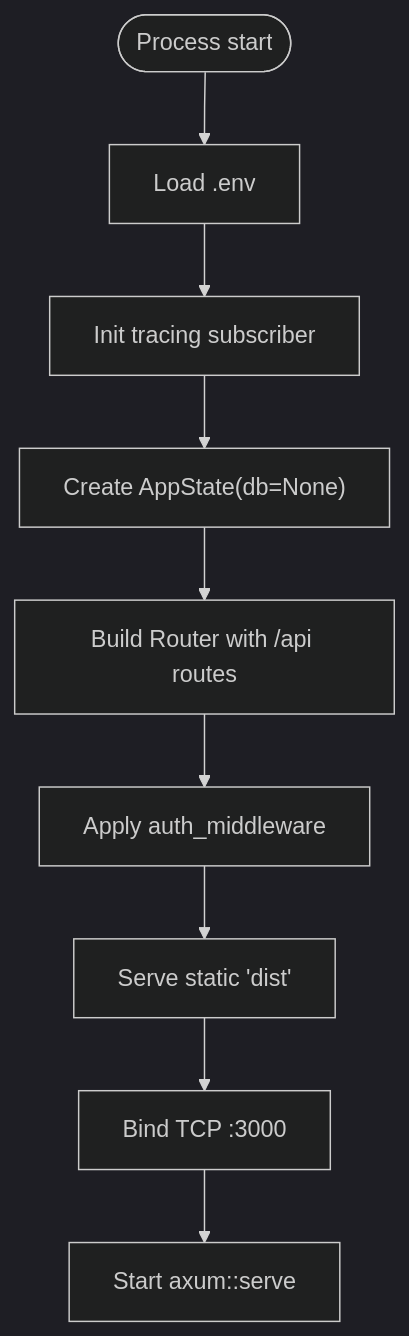
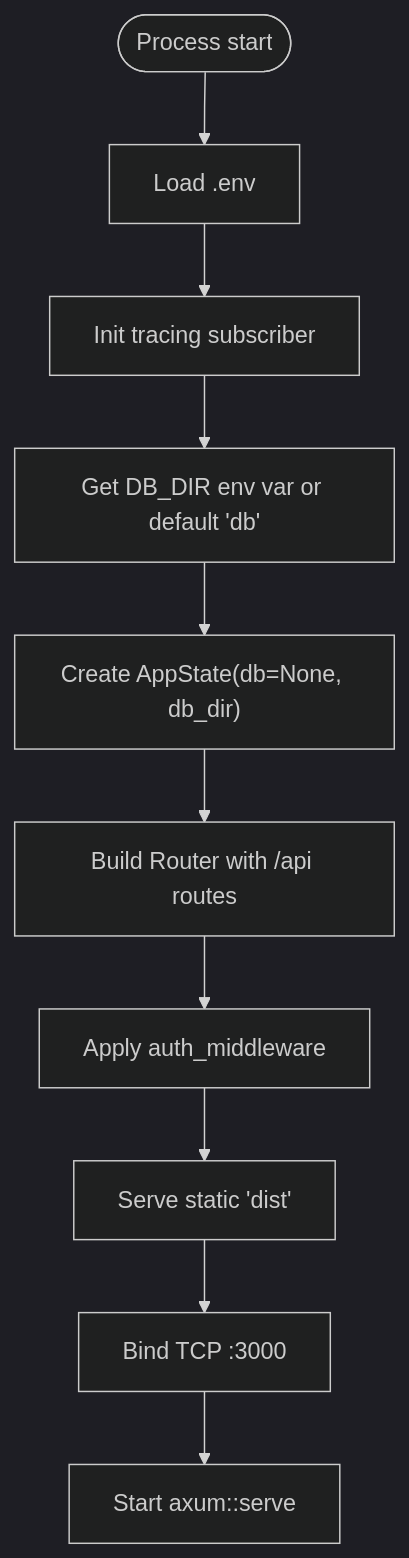
One commit to sutanto1010/crablite changed the third of 8 diagrams in .qoder/repowiki/en/content/Backend Development/Backend Development.md. Above: the diagram before and after it, drawn with Mermaid (dark theme). The commit also changed other lines of this file and 47 other files, not shown here.

````diff
--- a/.qoder/repowiki/en/content/Backend Development/Backend Development.md
+++ b/.qoder/repowiki/en/content/Backend Development/Backend Development.md
@@ -133,11 +149,12 @@
 ```mermaid
 flowchart TD
 Start(["Process start"]) --> Dotenv["Load .env"]
 Dotenv --> InitTracing["Init tracing subscriber"]
-InitTracing --> BuildState["Create AppState(db=None)"]
+InitTracing --> GetDBDir["Get DB_DIR env var or default 'db'"]
+GetDBDir --> BuildState["Create AppState(db=None, db_dir)"]
 BuildState --> BuildRouter["Build Router with /api routes"]
 BuildRouter --> ApplyMiddleware["Apply auth_middleware"]
 ApplyMiddleware --> ServeStatic["Serve static 'dist'"]
 ServeStatic --> BindPort["Bind TCP :3000"]
 BindPort --> RunServer["Start axum::serve"]
 ```
````
